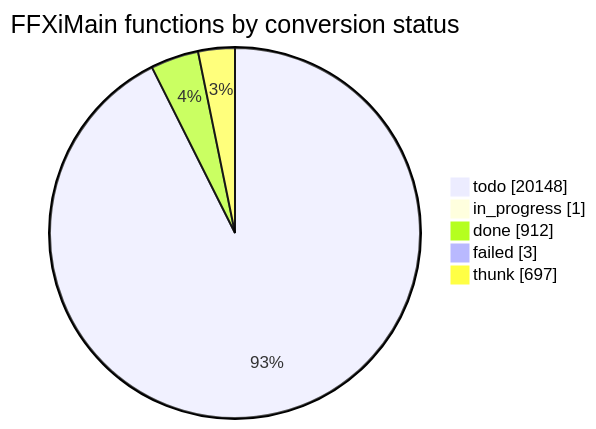
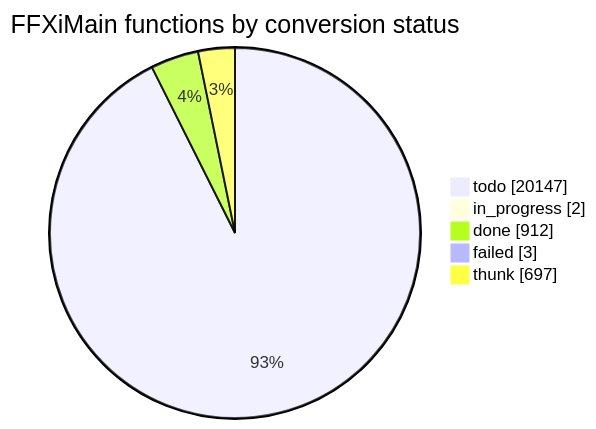
The diagram in docs/cow/STATUS.md (cowrevenge/cow_kuluu_xi_anything), drawn with Mermaid before and after one commit. The commit also changed other lines of this file and 4 other files, not shown here.

````diff
--- a/docs/cow/STATUS.md
+++ b/docs/cow/STATUS.md
@@ -18,9 +18,9 @@
 ```mermaid
 pie showData
     title FFXiMain functions by conversion status
-    "todo" : 20148
-    "in_progress" : 1
+    "todo" : 20147
+    "in_progress" : 2
     "done" : 912
     "failed" : 3
     "thunk" : 697
 ```
````
